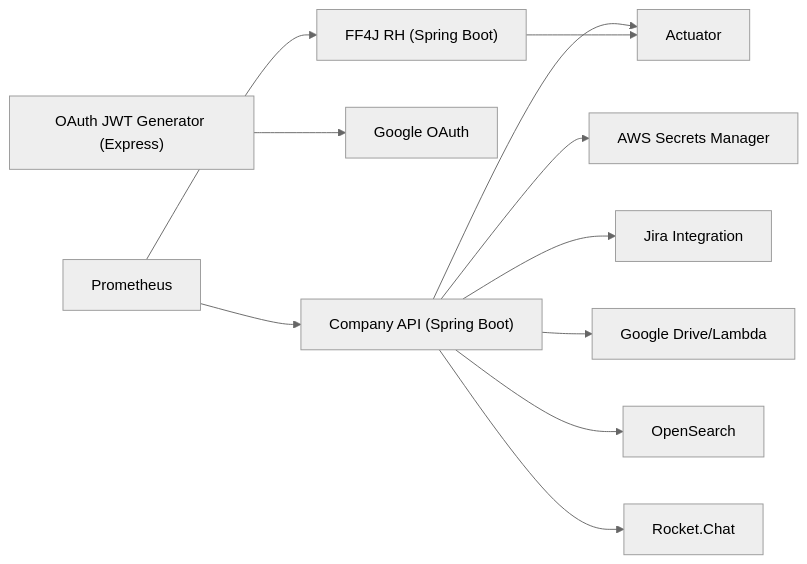
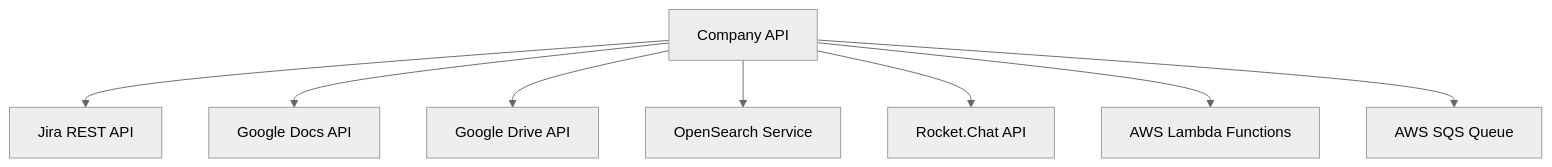
Before and after one commit to effinrich/rh-nx-monorepo: the eighth of 8 diagrams in .qoder/repowiki/en/content/Backend Services.md, drawn with Mermaid (neutral theme). The commit also changed other lines of this file and 130 other files, not shown here.

````diff
--- a/.qoder/repowiki/en/content/Backend Services.md
+++ b/.qoder/repowiki/en/content/Backend Services.md
@@ -282,13 +434,10 @@
 ```mermaid
-graph LR
-CA["Company API (Spring Boot)"] --> ACT["Actuator"]
-CA --> ASM["AWS Secrets Manager"]
-CA --> JIRA["Jira Integration"]
-CA --> GDRIVE["Google Drive/Lambda"]
-CA --> OSC["OpenSearch"]
-CA --> RC["Rocket.Chat"]
-OJG["OAuth JWT Generator (Express)"] --> GOOGLE["Google OAuth"]
-FF4J["FF4J RH (Spring Boot)"] --> ACT
-PROM["Prometheus"] --> CA
-PROM --> FF4J
+graph TB
+CompanyAPI["Company API"] --> Jira["Jira REST API"]
+CompanyAPI --> GoogleDocs["Google Docs API"]
+CompanyAPI --> GoogleDrive["Google Drive API"]
+CompanyAPI --> OpenSearch["OpenSearch Service"]
+CompanyAPI --> RocketChat["Rocket.Chat API"]
+CompanyAPI --> Lambda["AWS Lambda Functions"]
+CompanyAPI --> SQS["AWS SQS Queue"]
 ```
````
